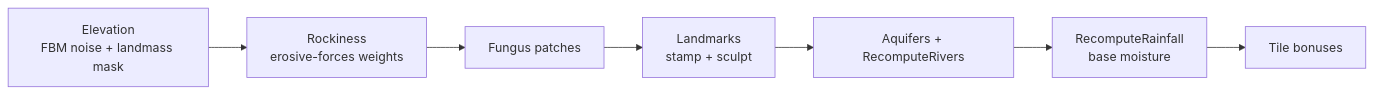
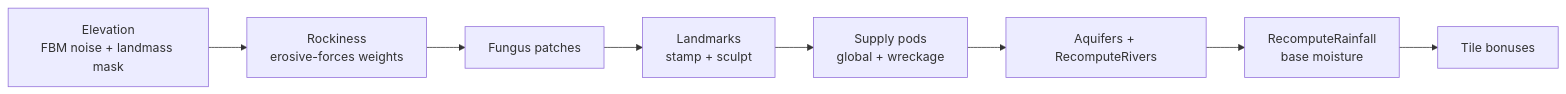
Before and after one commit to kilianloftis/alpha-centauri: the second of 2 diagrams in docs/architecture/map-system.md, drawn with Mermaid. The commit also changed other lines of this file and 80 other files, not shown here.

Commit message:
Supply Pods

````diff
--- a/docs/architecture/map-system.md
+++ b/docs/architecture/map-system.md
@@ -184,9 +184,10 @@
 ```mermaid
 graph LR
     Elevation[Elevation<br/>FBM noise + landmass mask] --> Rockiness[Rockiness<br/>erosive-forces weights]
     Rockiness --> Fungus[Fungus patches]
     Fungus --> Landmarks[Landmarks<br/>stamp + sculpt]
-    Landmarks --> Rivers[Aquifers + RecomputeRivers]
+    Landmarks --> SupplyPods[Supply pods<br/>global + wreckage]
+    SupplyPods --> Rivers[Aquifers + RecomputeRivers]
     Rivers --> Rainfall[RecomputeRainfall<br/>base moisture]
     Rainfall --> Bonuses[Tile bonuses]
 ```
````
